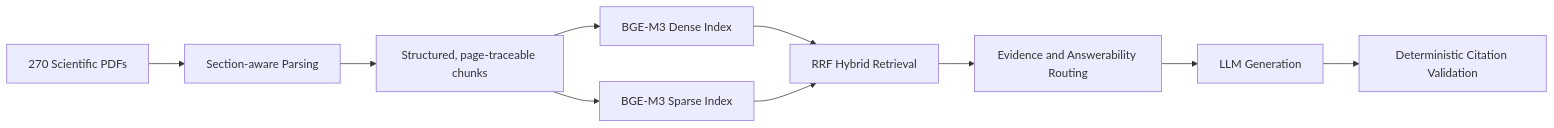
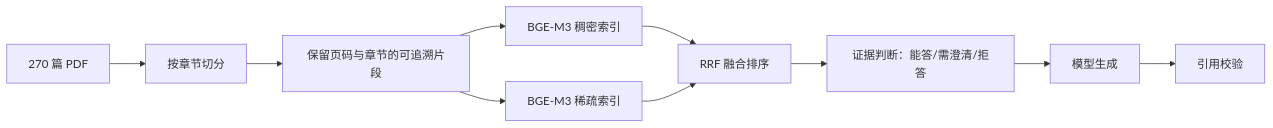
The diagram in README.md (idlebranch/literature-rag-eval), drawn with Mermaid before and after one commit. The commit also changed other lines of this file and 16 other files, not shown here.

````diff
--- a/README.md
+++ b/README.md
@@ -25,12 +11,12 @@
 ```mermaid
 flowchart LR
-    A[270 Scientific PDFs] --> B[Section-aware Parsing]
-    B --> C[Structured, page-traceable chunks]
-    C --> D[BGE-M3 Dense Index]
-    C --> E[BGE-M3 Sparse Index]
-    D --> F[RRF Hybrid Retrieval]
+    A[270 篇 PDF] --> B[按章节切分]
+    B --> C[保留页码与章节的可追溯片段]
+    C --> D[BGE-M3 稠密索引]
+    C --> E[BGE-M3 稀疏索引]
+    D --> F[RRF 融合排序]
     E --> F
-    F --> G[Evidence and Answerability Routing]
-    G --> H[LLM Generation]
-    H --> I[Deterministic Citation Validation]
+    F --> G[证据判断：能答/需澄清/拒答]
+    G --> H[模型生成]
+    H --> I[引用校验]
 ```
````
